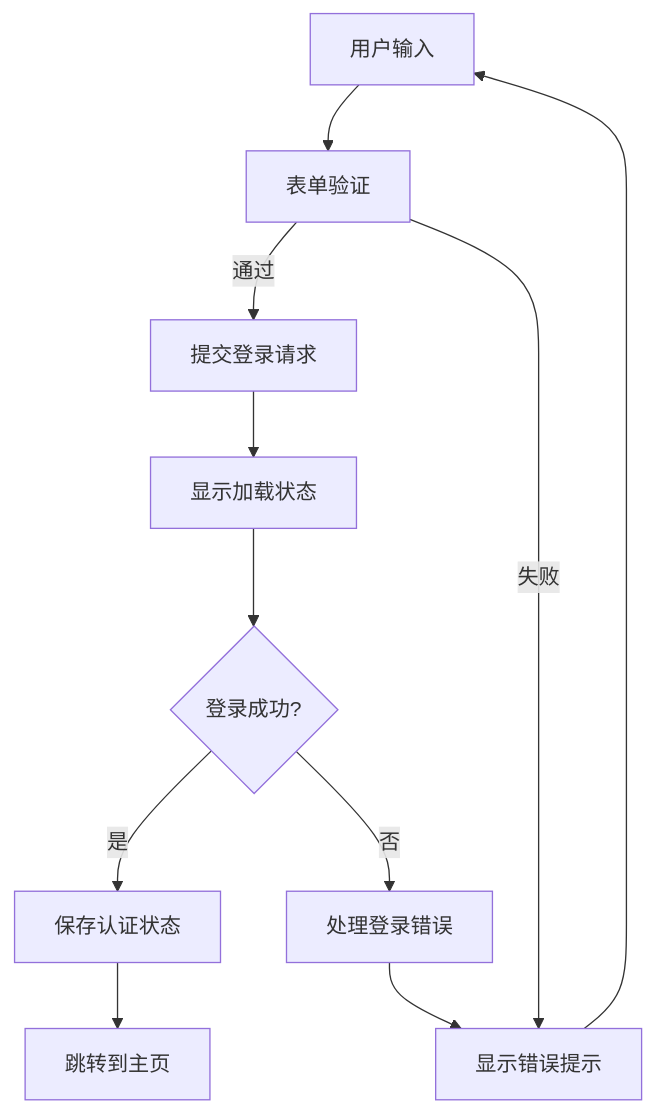
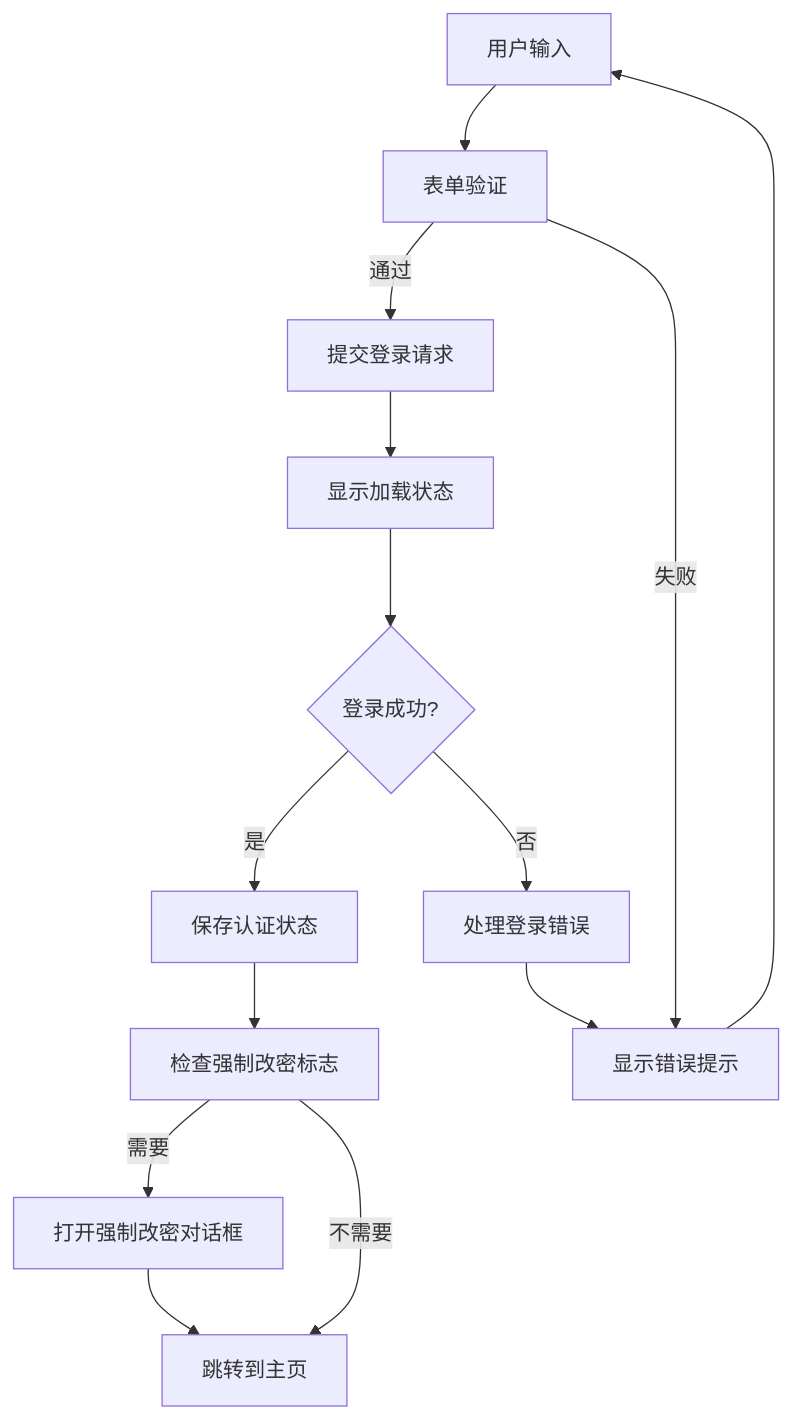
The sixth of 10 diagrams in .qoder/repowiki/zh/content/核心模块/用户认证系统.md (Damao997/newproject), drawn with Mermaid before and after one commit. The commit also changed other lines of this file and 24 other files, not shown here.

````diff
--- a/.qoder/repowiki/zh/content/核心模块/用户认证系统.md
+++ b/.qoder/repowiki/zh/content/核心模块/用户认证系统.md
@@ -344,13 +403,16 @@
 ```mermaid
 flowchart TD
 UserInput["用户输入"] --> Validation["表单验证"]
 Validation --> |通过| Submit["提交登录请求"]
 Validation --> |失败| ShowError["显示错误提示"]
 Submit --> Loading["显示加载状态"]
 Loading --> Success{"登录成功?"}
 Success --> |是| SaveState["保存认证状态"]
 Success --> |否| HandleError["处理登录错误"]
-SaveState --> Redirect["跳转到主页"]
+SaveState --> CheckForce["检查强制改密标志"]
+CheckForce --> |需要| ForceDialog["打开强制改密对话框"]
+CheckForce --> |不需要| Redirect["跳转到主页"]
 HandleError --> ShowError
 ShowError --> UserInput
+ForceDialog --> Redirect
 ```
````
